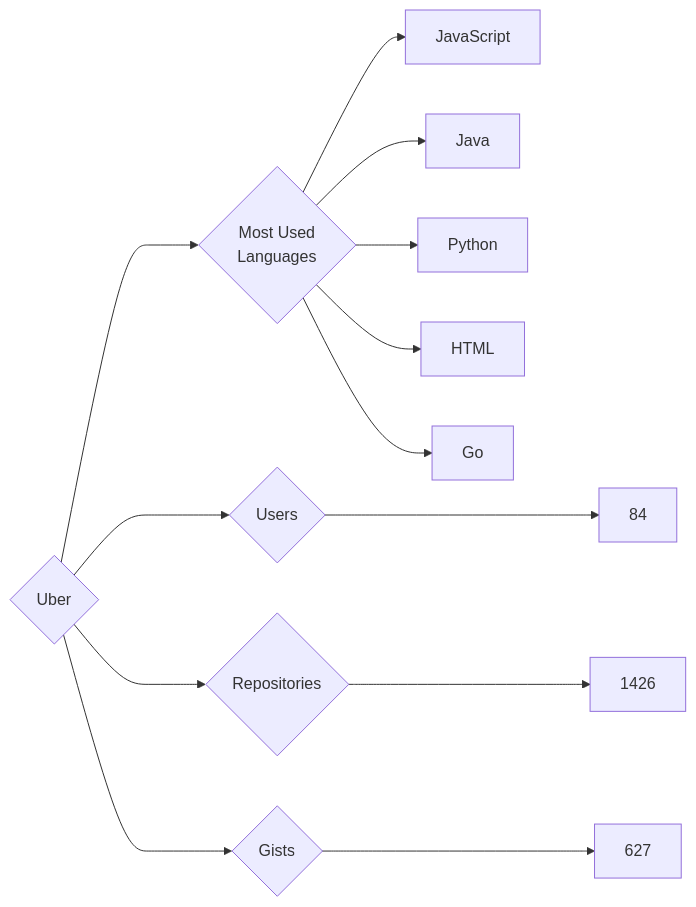
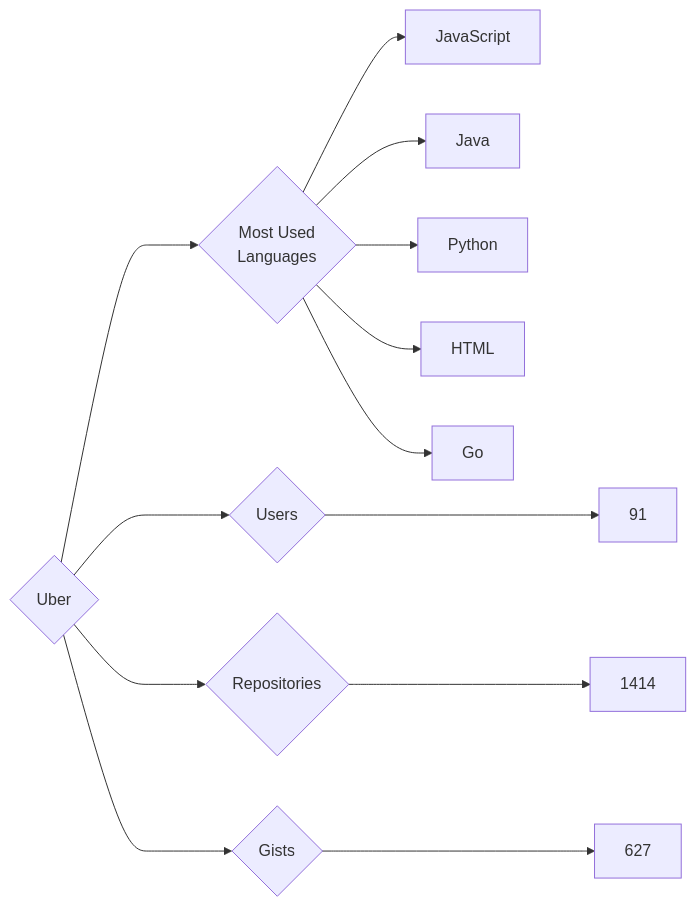
One commit to trickest/insiders changed the diagram in targets/Uber/README.md. Above: the diagram before and after it, drawn with Mermaid. The commit also changed 895 other files, not shown here.

````diff
--- a/targets/Uber/README.md
+++ b/targets/Uber/README.md
@@ -3,13 +3,13 @@
 ```mermaid
 graph LR
 COMPANY_NAME{Uber}
-COMPANY_NAME ---> U{Users} ---> UN[84]
-COMPANY_NAME ---> R{Repositories} ---> RN[1426]
+COMPANY_NAME ---> U{Users} ---> UN[91]
+COMPANY_NAME ---> R{Repositories} ---> RN[1414]
 COMPANY_NAME ---> G{Gists} ---> GN[627]
 COMPANY_NAME ---> ML{Most Used<br>Languages}
 ML --> JavaScript[JavaScript]
 ML --> Java[Java]
 ML --> Python[Python]
 ML --> HTML[HTML]
 ML --> Go[Go]
 ```
````
